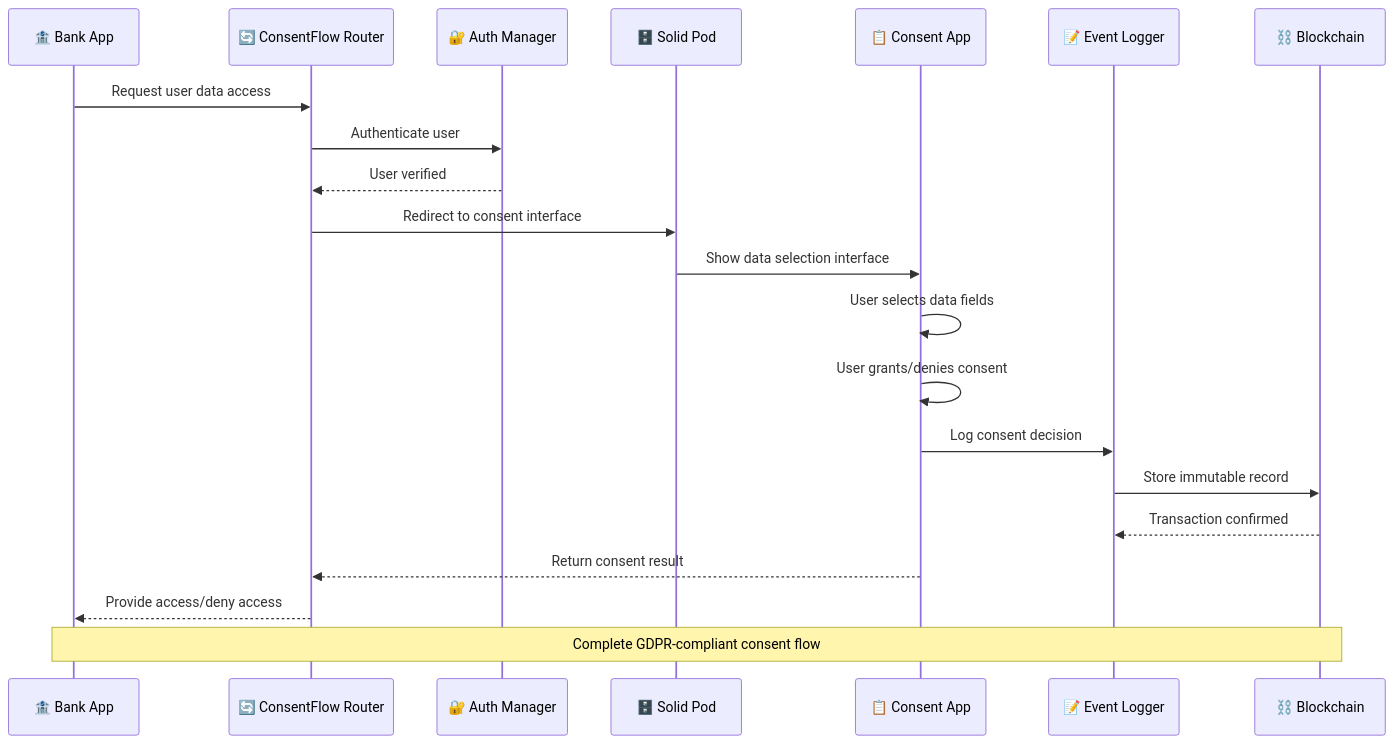
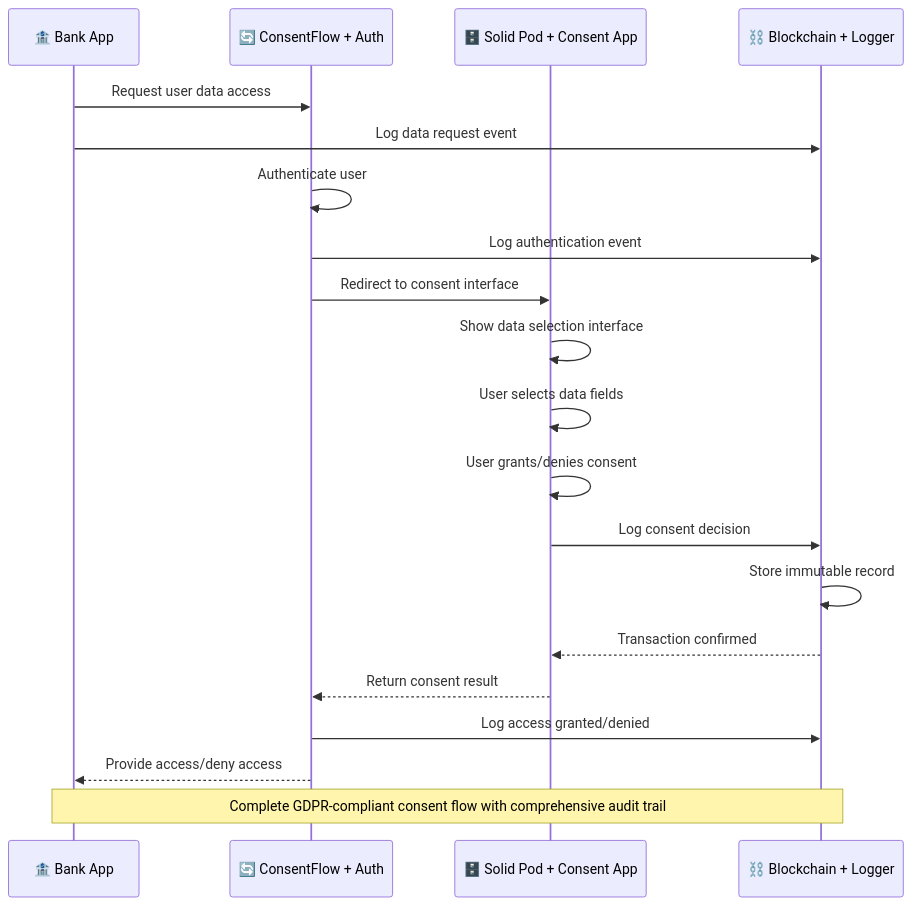
The third of 15 diagrams in README.md (kobivan92/digital_consent), drawn with Mermaid before and after one commit.

Commit message:
Refactor consent flow diagram in README.md for improved clarity and audit trail
- Consolidated participants in the sequence diagram for better readability.
- Enhanced logging events to provide a comprehensive audit trail for GDPR compliance.
- Updated flow to reflect the interaction between Bank, ConsentFlow, Solid Pod, and Blockchain more clearly.

````diff
--- a/README.md
+++ b/README.md
@@ -109,25 +109,24 @@
 ```mermaid
 sequenceDiagram
     participant Bank as 🏦 Bank App
-    participant Router as 🔄 ConsentFlow Router
-    participant Auth as 🔐 Auth Manager
-    participant Pod as 🗄️ Solid Pod
-    participant Consent as 📋 Consent App
-    participant Logger as 📝 Event Logger
-    participant Chain as ⛓️ Blockchain
+    participant ConsentFlow as 🔄 ConsentFlow + Auth
+    participant SolidPod as 🗄️ Solid Pod + Consent App
+    participant Blockchain as ⛓️ Blockchain + Logger
     
-    Bank->>Router: Request user data access
-    Router->>Auth: Authenticate user
-    Auth-->>Router: User verified
-    Router->>Pod: Redirect to consent interface
-    Pod->>Consent: Show data selection interface
-    Consent->>Consent: User selects data fields
-    Consent->>Consent: User grants/denies consent
-    Consent->>Logger: Log consent decision
-    Logger->>Chain: Store immutable record
-    Chain-->>Logger: Transaction confirmed
-    Consent-->>Router: Return consent result
-    Router-->>Bank: Provide access/deny access
+    Bank->>ConsentFlow: Request user data access
+    Bank->>Blockchain: Log data request event
+    ConsentFlow->>ConsentFlow: Authenticate user
+    ConsentFlow->>Blockchain: Log authentication event
+    ConsentFlow->>SolidPod: Redirect to consent interface
+    SolidPod->>SolidPod: Show data selection interface
+    SolidPod->>SolidPod: User selects data fields
+    SolidPod->>SolidPod: User grants/denies consent
+    SolidPod->>Blockchain: Log consent decision
+    Blockchain->>Blockchain: Store immutable record
+    Blockchain-->>SolidPod: Transaction confirmed
+    SolidPod-->>ConsentFlow: Return consent result
+    ConsentFlow->>Blockchain: Log access granted/denied
+    ConsentFlow-->>Bank: Provide access/deny access
     
-    Note over Bank,Chain: Complete GDPR-compliant consent flow
+    Note over Bank,Blockchain: Complete GDPR-compliant consent flow with comprehensive audit trail
 ```
````
